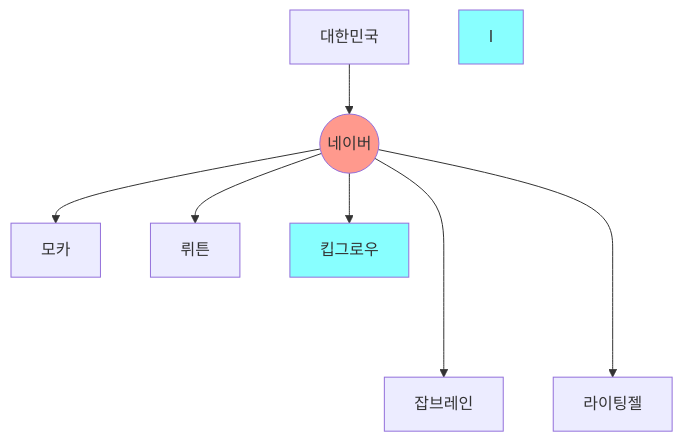
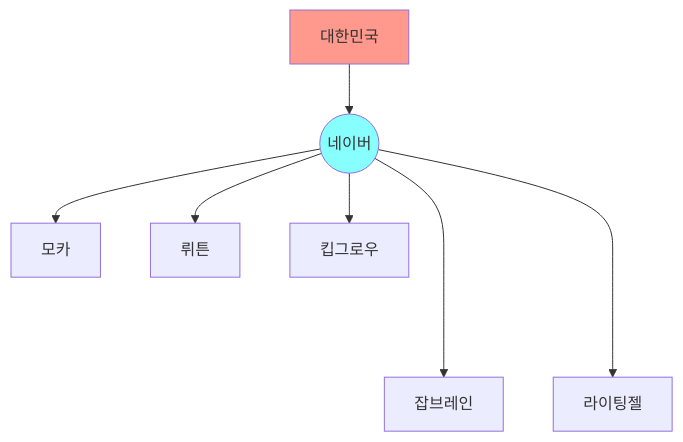
One commit to bit2r/chatGPT changed the diagram in architecture.qmd. Above: the diagram before and after it, drawn with Mermaid. The commit also changed other lines of this file and 20 other files, not shown here.

````diff
--- a/architecture.qmd
+++ b/architecture.qmd
@@ -263,12 +277,12 @@
 ```{mermaid}
 graph TD
     A["대한민국"] --> B(("네이버"))
     B ----> E[잡브레인]
     B ----> H[라이팅젤]
     B --> C[모카]
     B --> D[뤼튼] 
     B --> F[킵그로우]
-    style B fill:#FF6655AA
-    style F fill:#88ffFF
-    style I fill:#88ffFF
+    
+    style A fill:#FF6655AA
+    style B fill:#88ffFF
 ```
````
